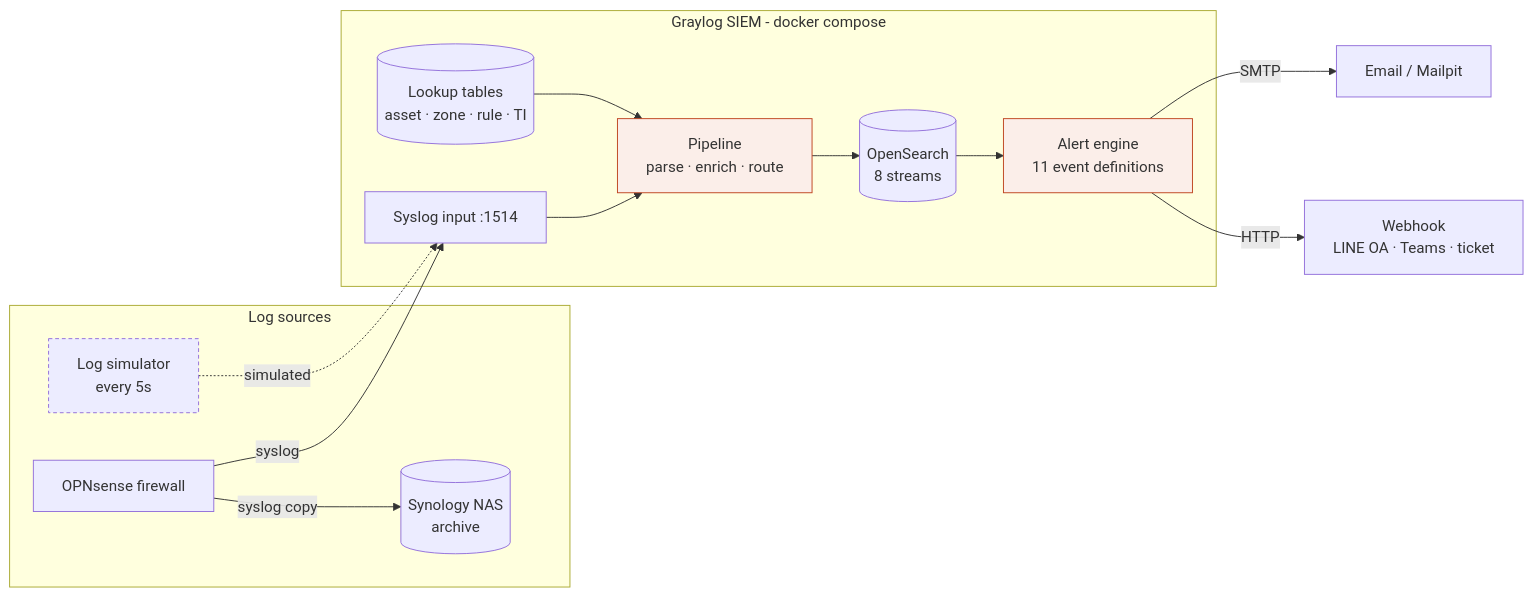
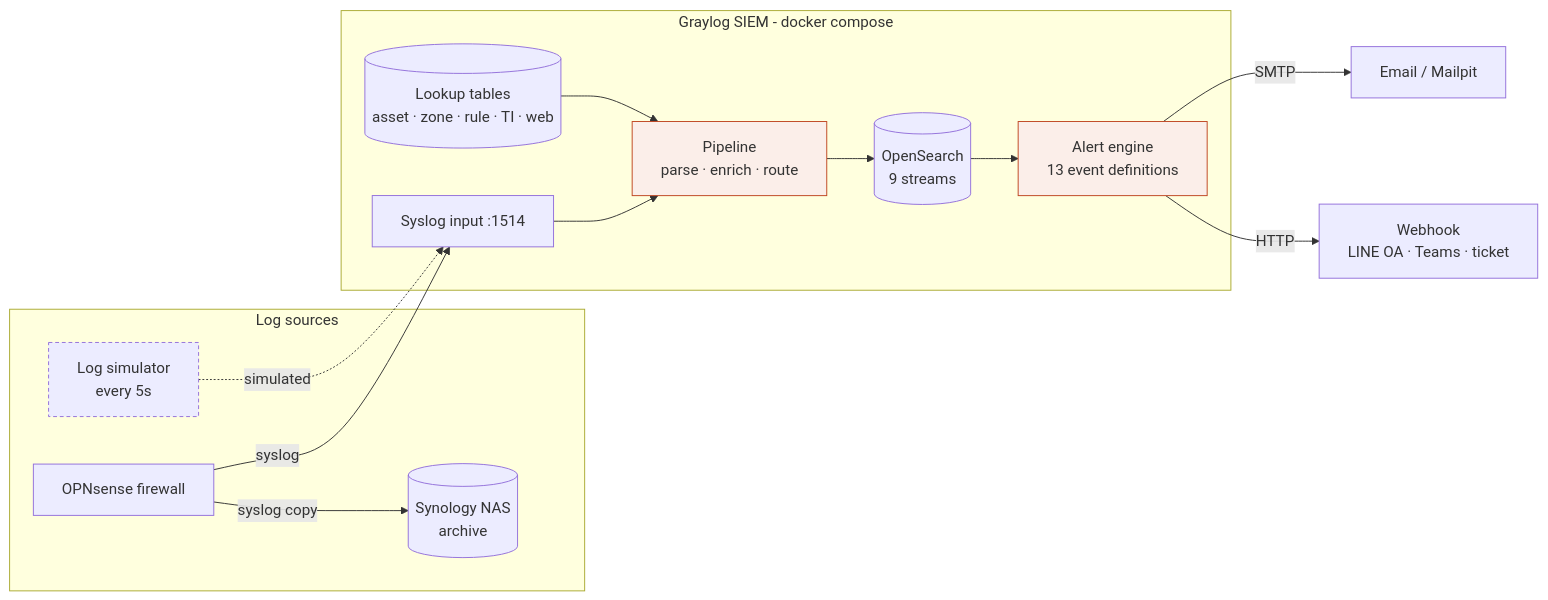
Before and after one commit to Rabcat-dome/siem-poc: the diagram in README.md, drawn with Mermaid. The commit also changed other lines of this file and 12 other files, not shown here.

````diff
--- a/README.md
+++ b/README.md
@@ -8,24 +8,24 @@
 ```mermaid
 flowchart LR
   subgraph SRC[Log sources]
     FW[OPNsense firewall]
     SIM[Log simulator<br/>every 5s]:::poc
     NAS[(Synology NAS<br/>archive)]
   end
   subgraph GL[Graylog SIEM - docker compose]
     IN[Syslog input :1514]
     PIPE[Pipeline<br/>parse · enrich · route]:::focal
-    LUT[(Lookup tables<br/>asset · zone · rule · TI)]
-    OS[(OpenSearch<br/>8 streams)]
-    AL[Alert engine<br/>11 event definitions]:::focal
+    LUT[(Lookup tables<br/>asset · zone · rule · TI · web)]
+    OS[(OpenSearch<br/>9 streams)]
+    AL[Alert engine<br/>13 event definitions]:::focal
   end
   FW -- syslog --> IN
   FW -- syslog copy --> NAS
   SIM -. simulated .-> IN
   IN --> PIPE --> OS --> AL
   LUT --> PIPE
   AL -- SMTP --> MAIL[Email / Mailpit]
   AL -- HTTP --> HOOK[Webhook<br/>LINE OA · Teams · ticket]
   classDef focal fill:#fbeee9,stroke:#bf4520
   classDef poc stroke-dasharray: 4 3
 ```
````
